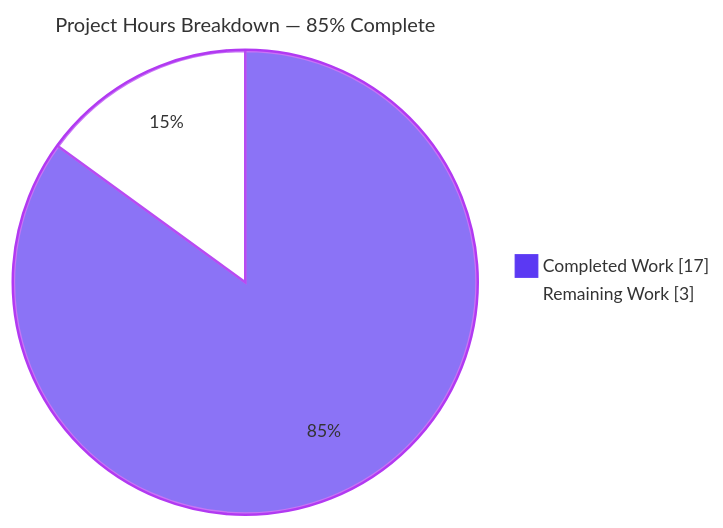
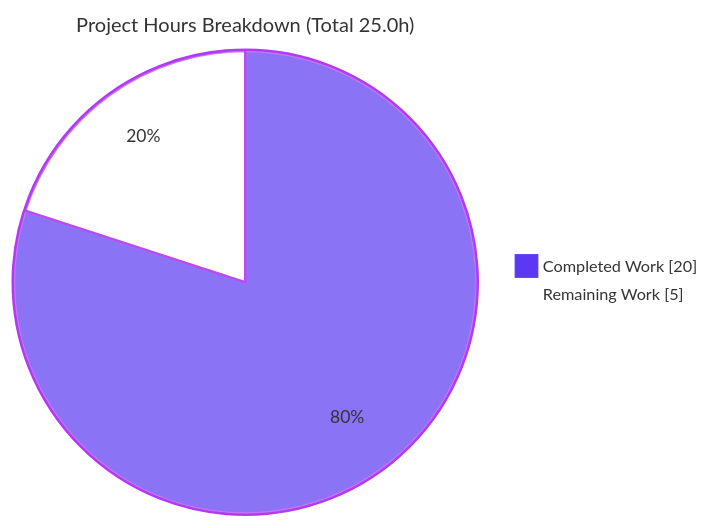
Before and after one commit to blitzy-public-samples/aws-carddemo-blitzy: the second of 3 diagrams in blitzy/documentation/Project Guide.md, drawn with Mermaid. The commit also changed other lines of this file, not shown here.

Commit message:
Adding Blitzy Project Guide: Project Status and Human Tasks Remaining

````diff
--- a/blitzy/documentation/Project Guide.md
+++ b/blitzy/documentation/Project Guide.md
@@ -189,7 +170,6 @@
 ```mermaid
-%%{init: {'theme':'base', 'themeVariables': {'pie1':'#5B39F3', 'pie2':'#FFFFFF', 'pieStrokeColor':'#B23AF2', 'pieOuterStrokeColor':'#B23AF2', 'pieTitleTextSize':'16px', 'pieSectionTextSize':'14px', 'pieLegendTextSize':'14px'}}}%%
-pie showData
-    title Project Hours Breakdown — 85% Complete
-    "Completed Work" : 17
-    "Remaining Work" : 3
+%%{init: {'theme':'base', 'themeVariables': {'pie1':'#5B39F3','pie2':'#FFFFFF','pieStrokeColor':'#B23AF2','pieOuterStrokeColor':'#B23AF2','pieTitleTextSize':'16px','pieSectionTextSize':'14px','pieLegendTextSize':'13px'}}}%%
+pie showData title Project Hours Breakdown (Total 25.0h)
+    "Completed Work" : 20.0
+    "Remaining Work" : 5.0
 ```
````
